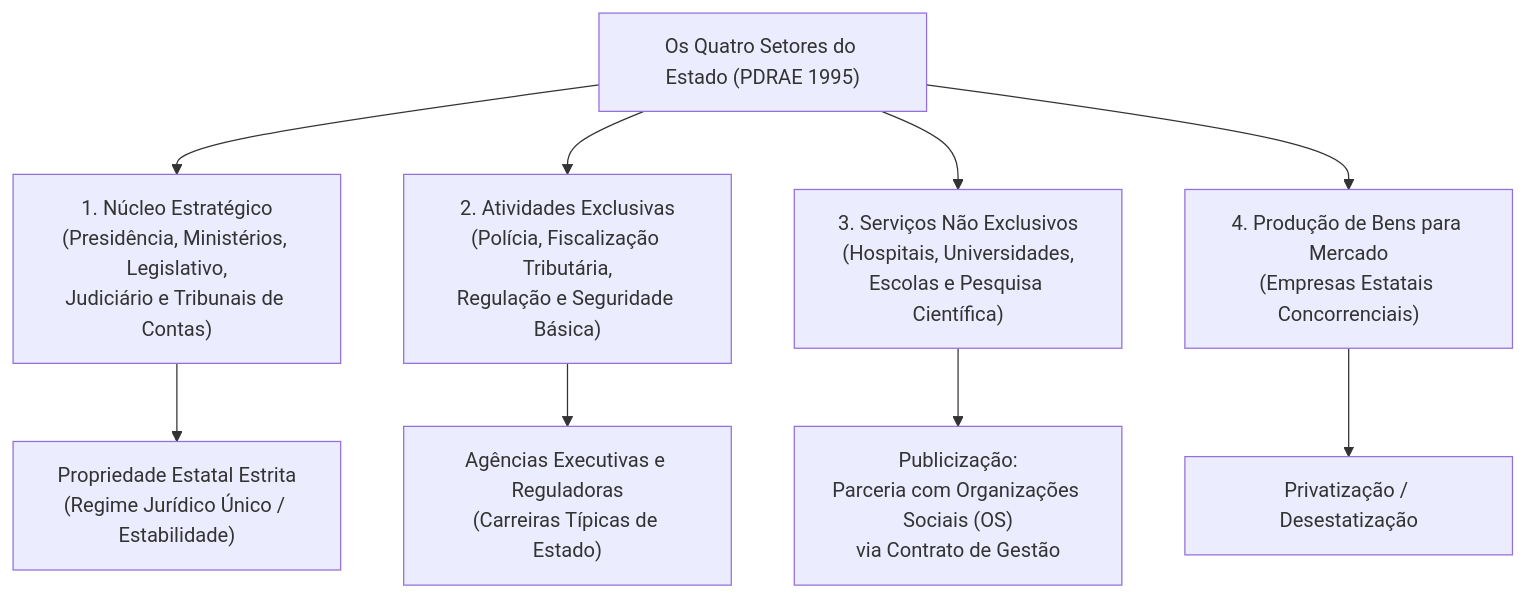
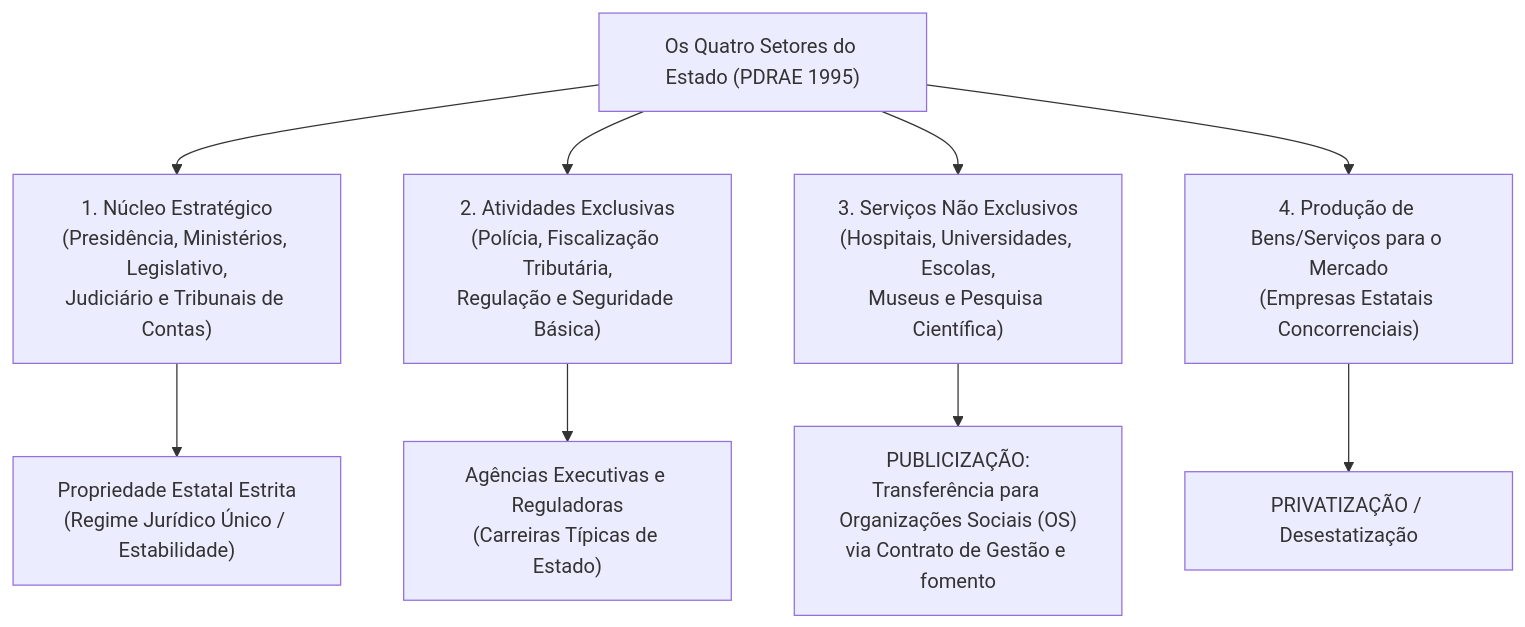
The third of 6 diagrams in fontes_de_estudo/conhecimentos_especificos_a01_tecnico_administrativo/21_nocoes_de_administracao_publica/02_modelos_de_administracao_publica_e_governanca.md (thiagosantos346/TCE-GO-2027), drawn with Mermaid before and after one commit. The commit also changed other lines of this file and 119 other files, not shown here.

````diff
--- a/fontes_de_estudo/conhecimentos_especificos_a01_tecnico_administrativo/21_nocoes_de_administracao_publica/02_modelos_de_administracao_publica_e_governanca.md
+++ b/fontes_de_estudo/conhecimentos_especificos_a01_tecnico_administrativo/21_nocoes_de_administracao_publica/02_modelos_de_administracao_publica_e_governanca.md
@@ -125,14 +126,14 @@
 ```mermaid
 flowchart TD
     PDRAE["Os Quatro Setores do Estado (PDRAE 1995)"]
     
     PDRAE --> NE["1. Núcleo Estratégico<br/>(Presidência, Ministérios, Legislativo,<br/>Judiciário e Tribunais de Contas)"]
     PDRAE --> AE["2. Atividades Exclusivas<br/>(Polícia, Fiscalização Tributária,<br/>Regulação e Seguridade Básica)"]
-    PDRAE --> SNE["3. Serviços Não Exclusivos<br/>(Hospitais, Universidades,<br/>Escolas e Pesquisa Científica)"]
-    PDRAE --> PB["4. Produção de Bens para Mercado<br/>(Empresas Estatais Concorrenciais)"]
+    PDRAE --> SNE["3. Serviços Não Exclusivos<br/>(Hospitais, Universidades, Escolas,<br/>Museus e Pesquisa Científica)"]
+    PDRAE --> PB["4. Produção de Bens/Serviços para o Mercado<br/>(Empresas Estatais Concorrenciais)"]
     
     NE --> F1["Propriedade Estatal Estrita<br/>(Regime Jurídico Único / Estabilidade)"]
     AE --> F2["Agências Executivas e Reguladoras<br/>(Carreiras Típicas de Estado)"]
-    SNE --> F3["Publicização:<br/>Parceria com Organizações Sociais (OS)<br/>via Contrato de Gestão"]
-    PB --> F4["Privatização / Desestatização"]
+    SNE --> F3["PUBLICIZAÇÃO:<br/>Transferência para Organizações Sociais (OS)<br/>via Contrato de Gestão e fomento"]
+    PB --> F4["PRIVATIZAÇÃO / Desestatização"]
 ```
````
